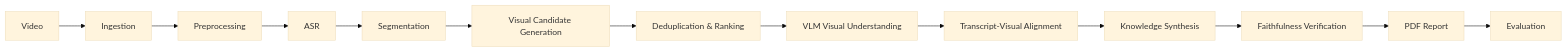
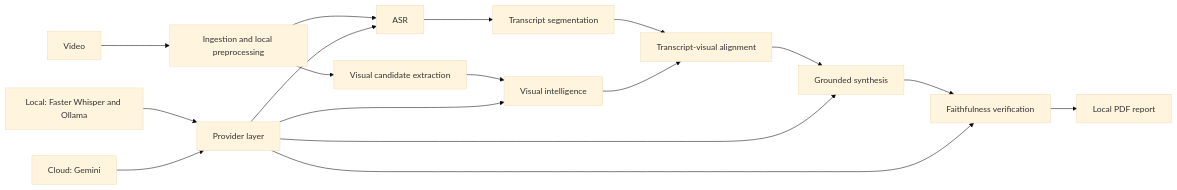
One commit to Ghiathash/Video2Knowledge changed the diagram in README.md. Above: the diagram before and after it, drawn with Mermaid (base theme). The commit also changed other lines of this file and 32 other files, not shown here.

Commit message:
feat: add provider-based UI and hybrid deployment architecture

````diff
--- a/README.md
+++ b/README.md
@@ -26,15 +48,20 @@
 ```mermaid
 flowchart LR
-    A[Video] --> B[Ingestion]
-    B --> C[Preprocessing]
-    C --> D[ASR]
-    D --> E[Segmentation]
-    E --> F[Visual Candidate Generation]
-    F --> G[Deduplication & Ranking]
-    G --> H[VLM Visual Understanding]
-    H --> I[Transcript-Visual Alignment]
-    I --> J[Knowledge Synthesis]
-    J --> K[Faithfulness Verification]
-    K --> L[PDF Report]
-    L --> M[Evaluation]
+    A[Video] --> B[Ingestion and local preprocessing]
+    B --> C[ASR]
+    B --> D[Visual candidate extraction]
+    C --> E[Transcript segmentation]
+    D --> F[Visual intelligence]
+    E --> G[Transcript-visual alignment]
+    F --> G
+    G --> H[Grounded synthesis]
+    H --> I[Faithfulness verification]
+    I --> J[Local PDF report]
+
+    P[Provider layer] --> C
+    P --> F
+    P --> H
+    P --> I
+    L[Local: Faster Whisper and Ollama] --> P
+    M[Cloud: Gemini] --> P
 ```
````
